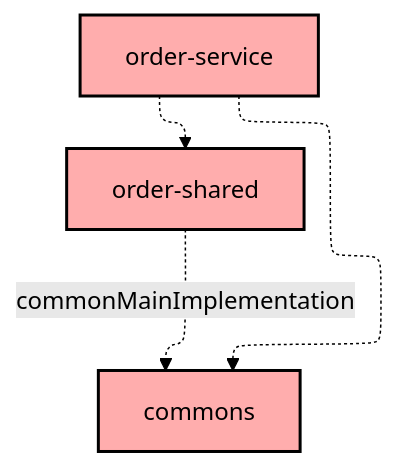
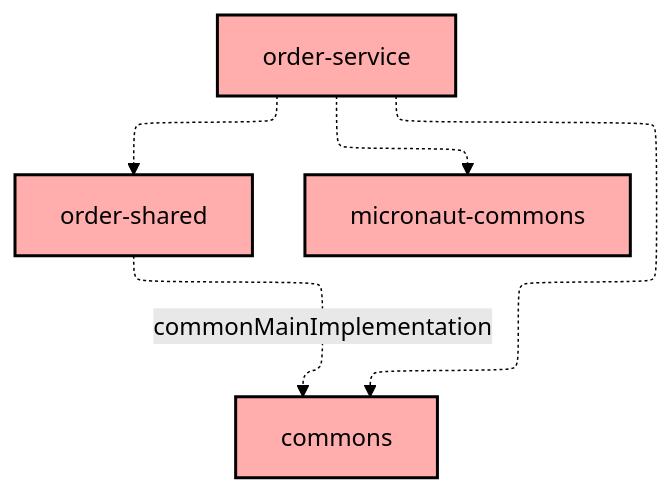
One commit to Norby99/munchies changed the diagram in order-service/README.md. Above: the diagram before and after it, drawn with Mermaid (forest theme). The commit also changed 5 other files, not shown here.

````diff
--- a/order-service/README.md
+++ b/order-service/README.md
@@ -6,18 +6,20 @@
 ```mermaid
 ---
 config:
   layout: elk
   elk:
     nodePlacementStrategy: SIMPLE
 ---
 graph TB
   :order-shared[order-shared]:::unknown
   :order-service[order-service]:::unknown
+  :micronaut-commons[micronaut-commons]:::unknown
   :commons[commons]:::unknown
 
   :order-service -.-> :commons
+  :order-service -.-> :micronaut-commons
   :order-service -.-> :order-shared
   :order-shared -.->|commonMainImplementation| :commons
 
 classDef unknown fill:#FFADAD,stroke:#000,stroke-width:2px,color:#000;
 ```
````
